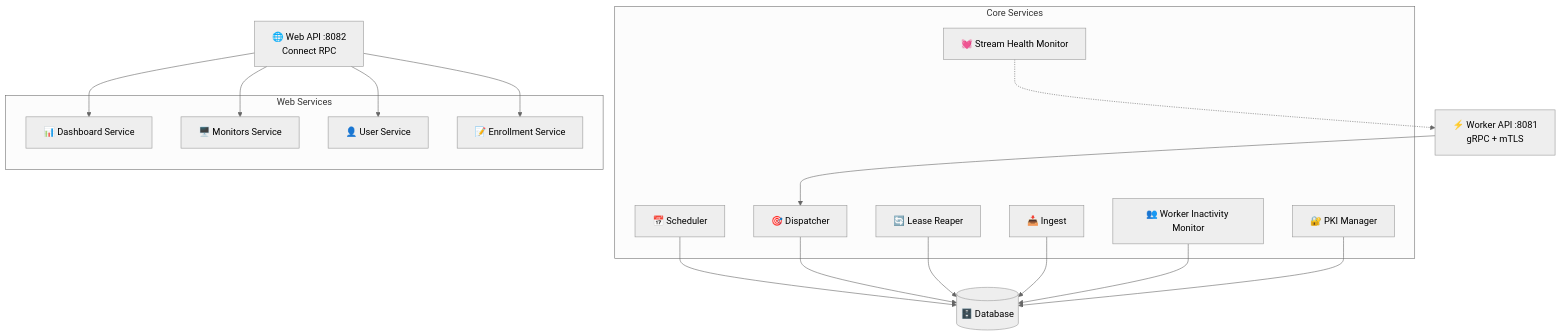
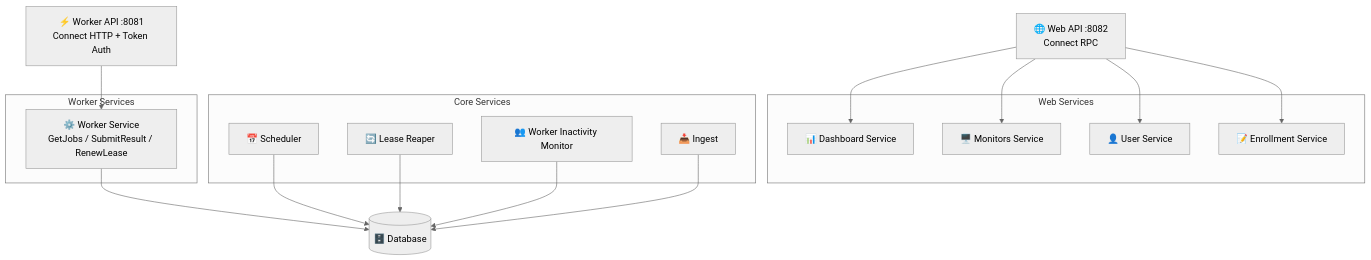
One commit to crisog/openseer changed the diagram in cmd/control-plane/README.md. Above: the diagram before and after it, drawn with Mermaid (neutral theme). The commit also changed other lines of this file and 1 other file, not shown here.

Commit message:
docs: transition to HTTP polling with bearer token authentication

````diff
--- a/cmd/control-plane/README.md
+++ b/cmd/control-plane/README.md
@@ -9,40 +7,38 @@
 ```mermaid
 graph TB
     WebAPI[🌐 Web API :8082<br/>Connect RPC]
-    WorkerAPI[⚡ Worker API :8081<br/>gRPC + mTLS]
+    WorkerAPI[⚡ Worker API :8081<br/>Connect HTTP + Token Auth]
 
     subgraph "Core Services"
         Scheduler[📅 Scheduler]
-        Dispatcher[🎯 Dispatcher]
         LeaseReaper[🔄 Lease Reaper]
-        StreamHealth[💓 Stream Health Monitor]
         WorkerInactivity[👥 Worker Inactivity Monitor]
         Ingest[📥 Ingest]
-        PKI[🔐 PKI Manager]
     end
 
     subgraph "Web Services"
         Dashboard[📊 Dashboard Service]
         Monitors[🖥️ Monitors Service]
         User[👤 User Service]
         Enrollment[📝 Enrollment Service]
     end
 
+    subgraph "Worker Services"
+        WorkerSvc[⚙️ Worker Service<br/>GetJobs / SubmitResult / RenewLease]
+    end
+
     Database[(🗄️ Database)]
 
     WebAPI --> Dashboard
     WebAPI --> Monitors
     WebAPI --> User
     WebAPI --> Enrollment
 
-    WorkerAPI --> Dispatcher
+    WorkerAPI --> WorkerSvc
 
     Scheduler --> Database
-    Dispatcher --> Database
+    WorkerSvc --> Database
     LeaseReaper --> Database
     Ingest --> Database
-
-    StreamHealth -.-> WorkerAPI
     WorkerInactivity --> Database
-    PKI --> Database
 ```
````
